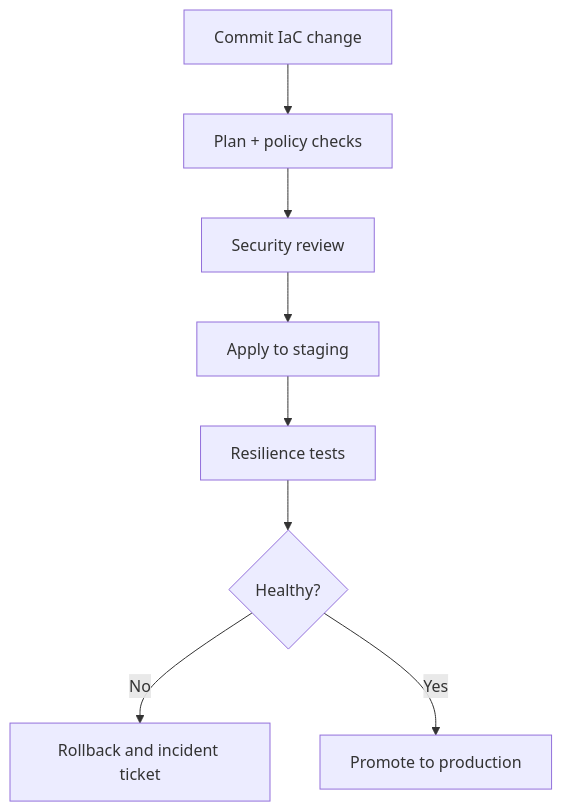
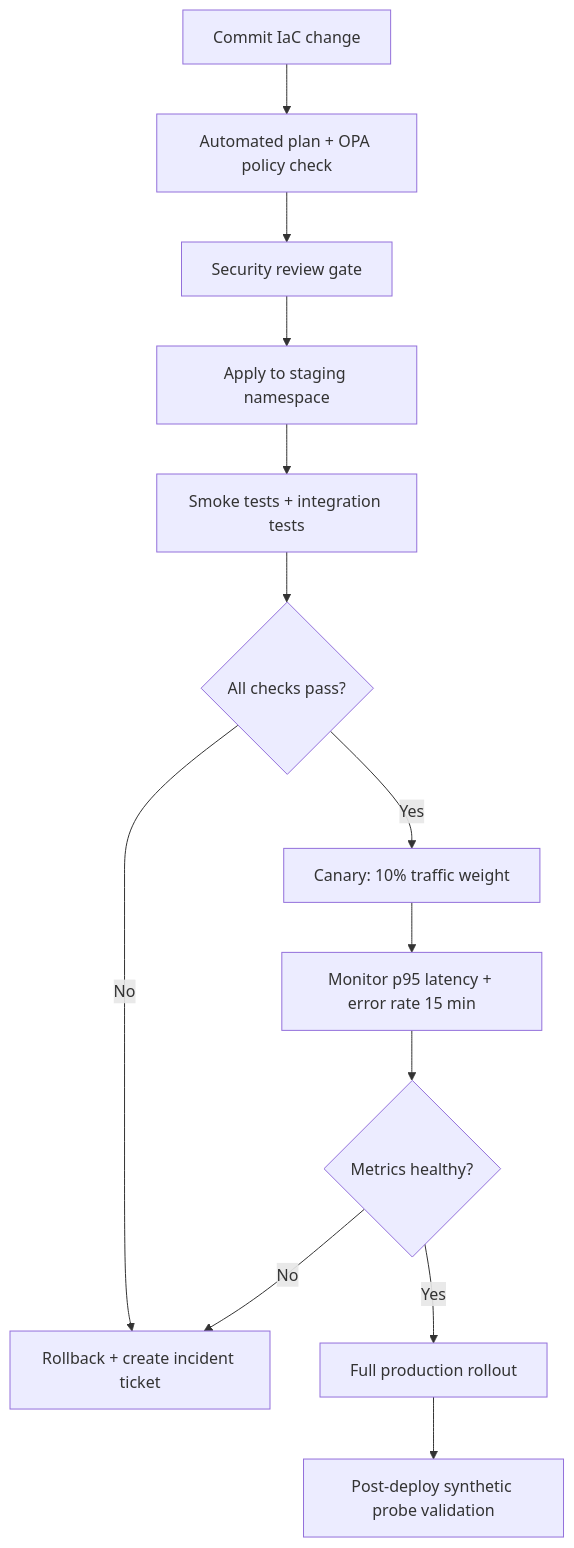
The second of 2 diagrams in Smart Recommendation Engine/infrastructure/deployment-diagram.md (0Ankit0/Project-Ideas), drawn with Mermaid before and after one commit. The commit also changed other lines of this file and 13 other files, not shown here.

Commit message:
docs(smart-recommendation-engine): expand to full production-grade depth

````diff
--- a/Smart Recommendation Engine/infrastructure/deployment-diagram.md
+++ b/Smart Recommendation Engine/infrastructure/deployment-diagram.md
@@ -88,10 +460,15 @@
 ```mermaid
 flowchart TB
-    A[Commit IaC change] --> B[Plan + policy checks]
-    B --> C[Security review]
-    C --> D[Apply to staging]
-    D --> E[Resilience tests]
-    E --> F{Healthy?}
-    F -- No --> G[Rollback and incident ticket]
-    F -- Yes --> H[Promote to production]
+    A[Commit IaC change] --> B[Automated plan + OPA policy check]
+    B --> C[Security review gate]
+    C --> D[Apply to staging namespace]
+    D --> E[Smoke tests + integration tests]
+    E --> F{All checks pass?}
+    F -- No --> G[Rollback + create incident ticket]
+    F -- Yes --> H[Canary: 10% traffic weight]
+    H --> I[Monitor p95 latency + error rate 15 min]
+    I --> J{Metrics healthy?}
+    J -- No --> G
+    J -- Yes --> K[Full production rollout]
+    K --> L[Post-deploy synthetic probe validation]
 ```
````
